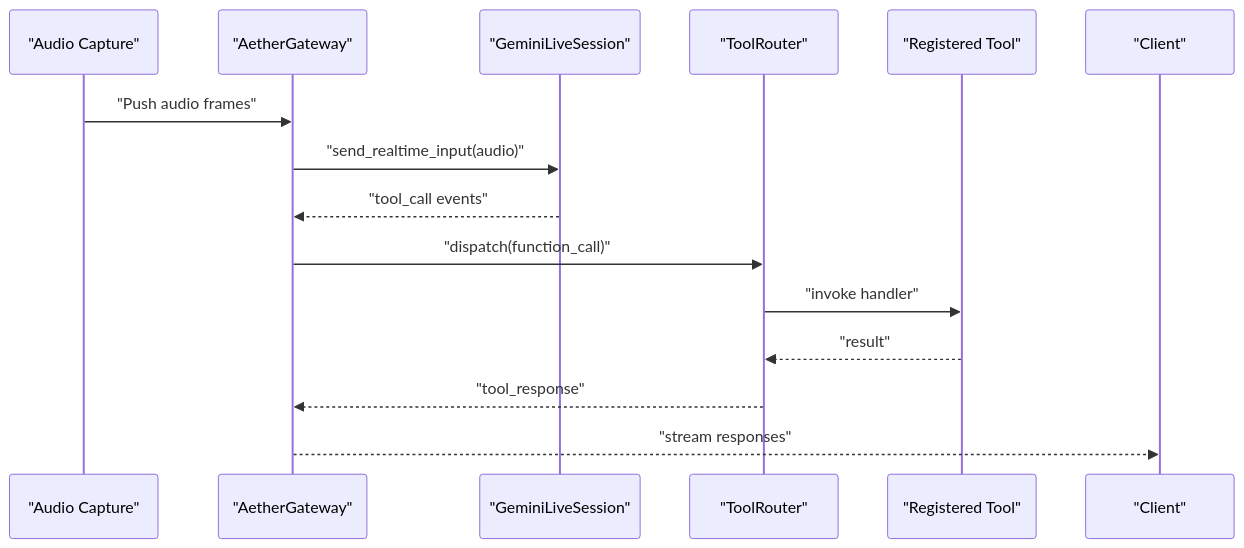
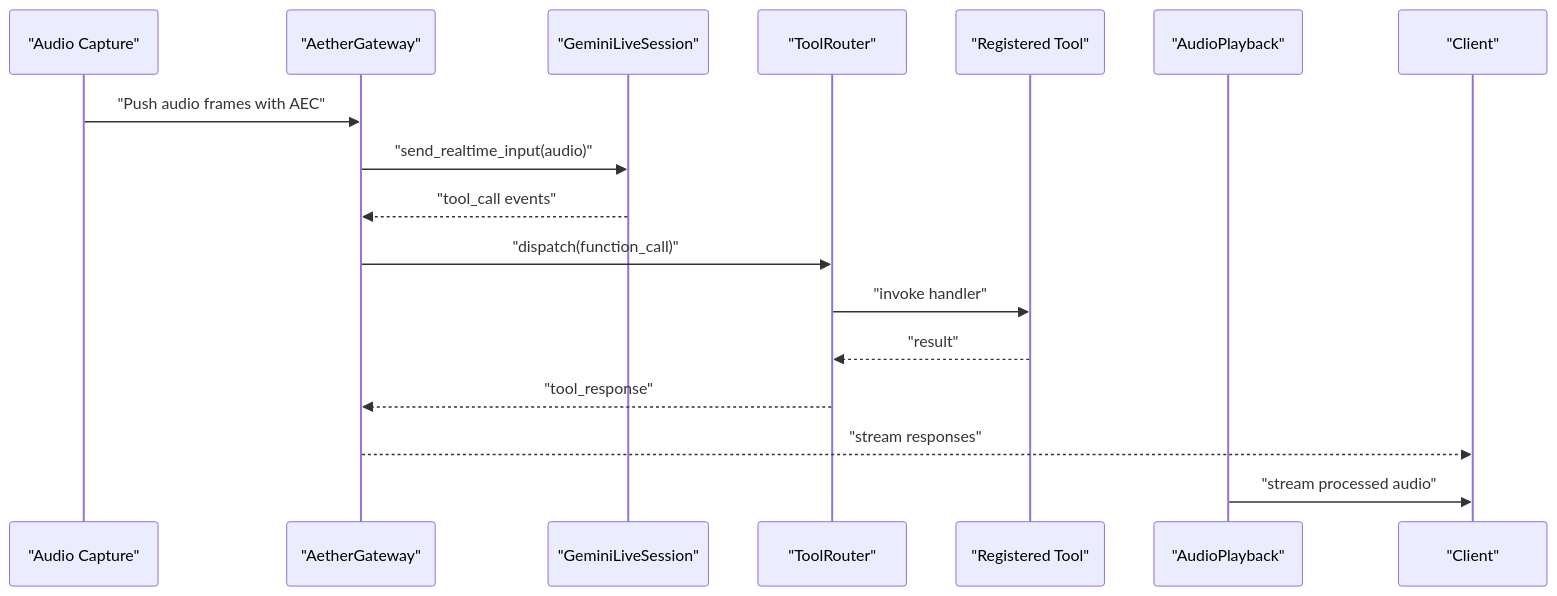
Before and after one commit to Moeabdelaziz007/Aether-Voice-OS: diagram 11 of 11 in .qoder/repowiki/en/content/Testing and Quality Assurance/Integration Testing.md, drawn with Mermaid. The commit also changed other lines of this file and 29 other files, not shown here.

````diff
--- a/.qoder/repowiki/en/content/Testing and Quality Assurance/Integration Testing.md
+++ b/.qoder/repowiki/en/content/Testing and Quality Assurance/Integration Testing.md
@@ -380,17 +499,19 @@
 ```mermaid
 sequenceDiagram
 participant Cap as "Audio Capture"
 participant GW as "AetherGateway"
 participant AI as "GeminiLiveSession"
 participant TR as "ToolRouter"
 participant Tool as "Registered Tool"
+participant PB as "AudioPlayback"
 participant WS as "Client"
-Cap->>GW : "Push audio frames"
+Cap->>GW : "Push audio frames with AEC"
 GW->>AI : "send_realtime_input(audio)"
 AI-->>GW : "tool_call events"
 GW->>TR : "dispatch(function_call)"
 TR->>Tool : "invoke handler"
 Tool-->>TR : "result"
 TR-->>GW : "tool_response"
 GW-->>WS : "stream responses"
+PB->>WS : "stream processed audio"
 ```
````
